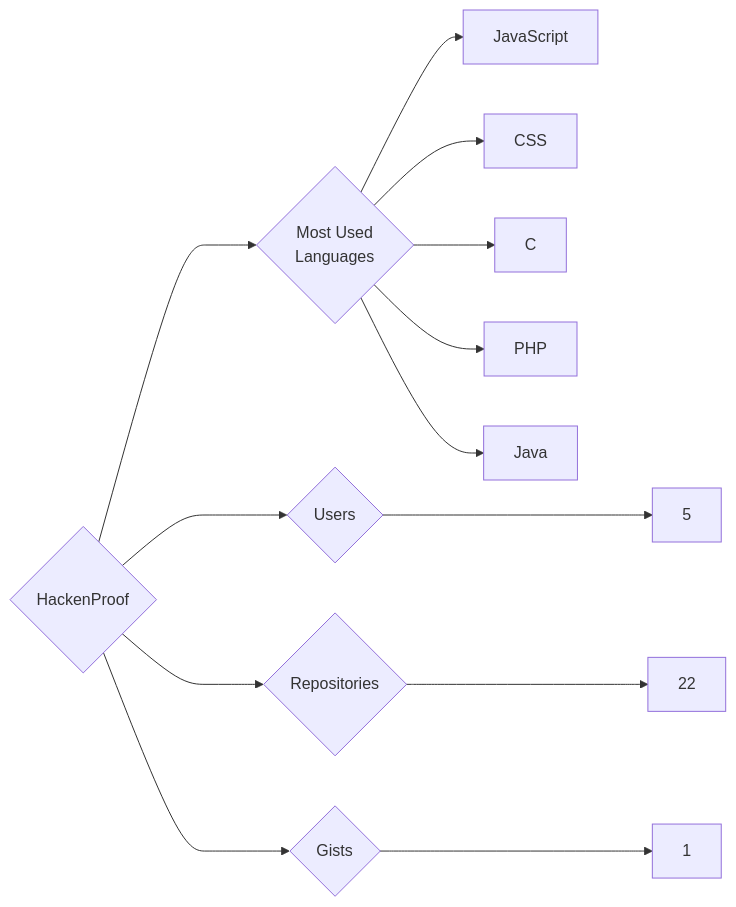
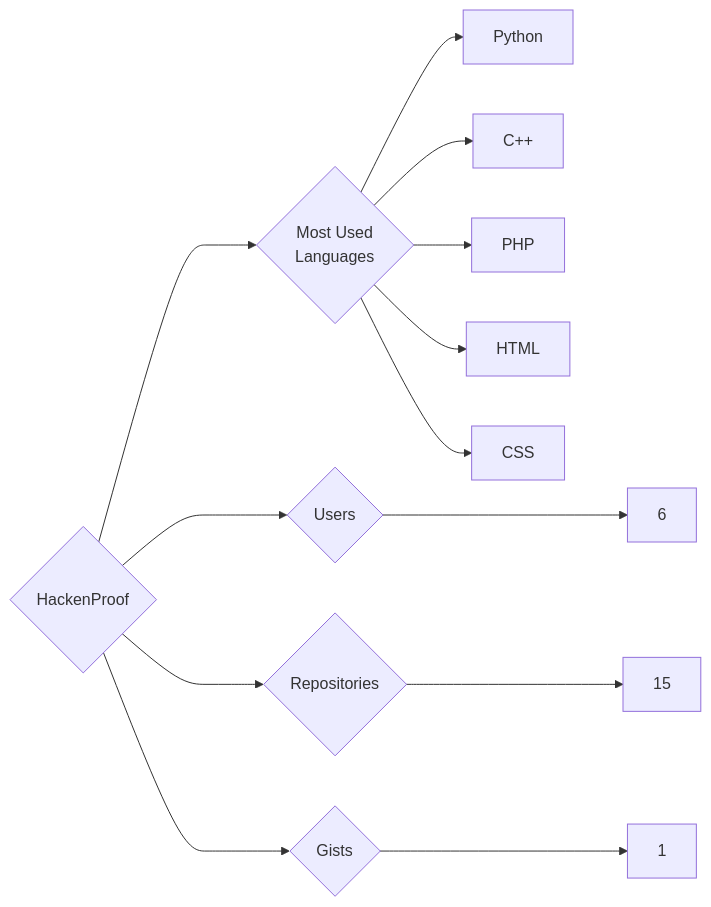
The diagram in targets/HackenProof/README.md (trickest/insiders), drawn with Mermaid before and after one commit. The commit also changed 857 other files, not shown here.

````diff
--- a/targets/HackenProof/README.md
+++ b/targets/HackenProof/README.md
@@ -3,13 +3,13 @@
 ```mermaid
 graph LR
 COMPANY_NAME{HackenProof}
-COMPANY_NAME ---> U{Users} ---> UN[5]
-COMPANY_NAME ---> R{Repositories} ---> RN[22]
+COMPANY_NAME ---> U{Users} ---> UN[6]
+COMPANY_NAME ---> R{Repositories} ---> RN[15]
 COMPANY_NAME ---> G{Gists} ---> GN[1]
 COMPANY_NAME ---> ML{Most Used<br>Languages}
-ML --> JavaScript[JavaScript]
+ML --> Python[Python]
+ML --> C++[C++]
+ML --> PHP[PHP]
+ML --> HTML[HTML]
 ML --> CSS[CSS]
-ML --> C[C]
-ML --> PHP[PHP]
-ML --> Java[Java]
 ```
````
